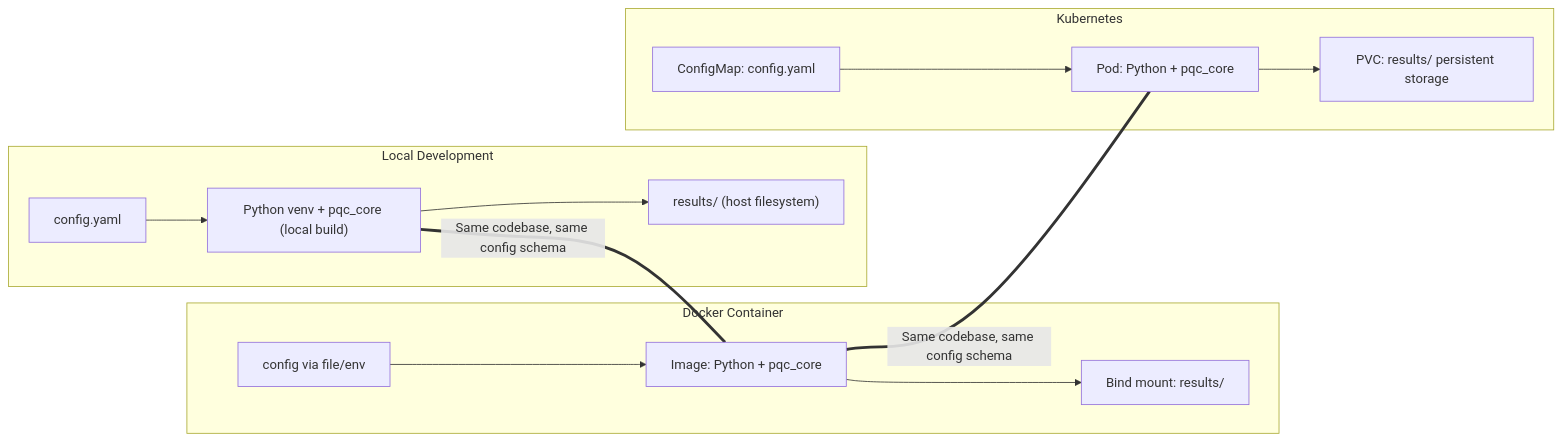
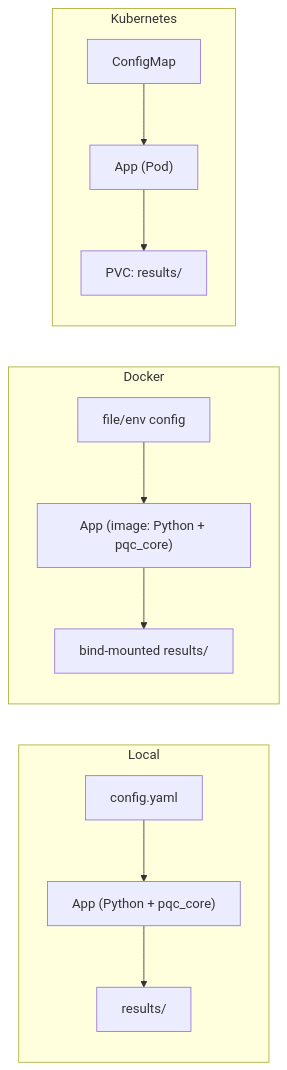
The second of 2 diagrams in docs/PROTOTYPE_IMPLEMENTATION.md (ausmarton/quantum-resilient), drawn with Mermaid before and after one commit. The commit also changed other lines of this file, not shown here.

Commit message:
Improve diagrams

````diff
--- a/docs/PROTOTYPE_IMPLEMENTATION.md
+++ b/docs/PROTOTYPE_IMPLEMENTATION.md
@@ -94,30 +73,13 @@
 ```mermaid
 flowchart LR
-    %% Environment portability
-    subgraph local["Local Development"]
-        venv["Python venv + pqc_core (local build)"]
-        cfgL["config.yaml"]
-        resL["results/ (host filesystem)"]
-        cfgL --> venv
-        venv --> resL
+    %% Environment portability (no cross-environment arrows)
+    subgraph Local["Local"]
+        cfgL["config.yaml"] --> appL["App (Python + pqc_core)"] --> resL["results/"]
     end
-
-    subgraph docker["Docker Container"]
-        img["Image: Python + pqc_core"]
-        cfgD["config via file/env"]
-        volD["Bind mount: results/"]
-        cfgD --> img
-        img --> volD
+    subgraph Docker["Docker"]
+        cfgD["file/env config"] --> appD["App (image: Python + pqc_core)"] --> resD["bind-mounted results/"]
     end
-
-    subgraph k8s["Kubernetes"]
-        pod["Pod: Python + pqc_core"]
-        cm["ConfigMap: config.yaml"]
-        pvc["PVC: results/ persistent storage"]
-        cm --> pod
-        pod --> pvc
+    subgraph K8s["Kubernetes"]
+        cfgK["ConfigMap"] --> appK["App (Pod)"] --> resK["PVC: results/"]
     end
-
-    venv === |"Same codebase, same config schema"| img
-    img === |"Same codebase, same config schema"| pod
 ```
````
